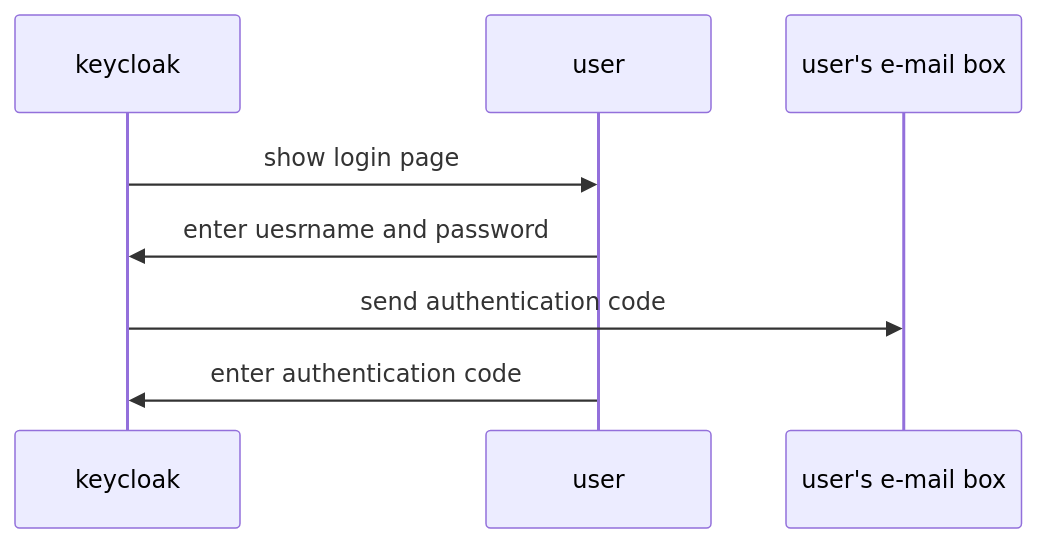
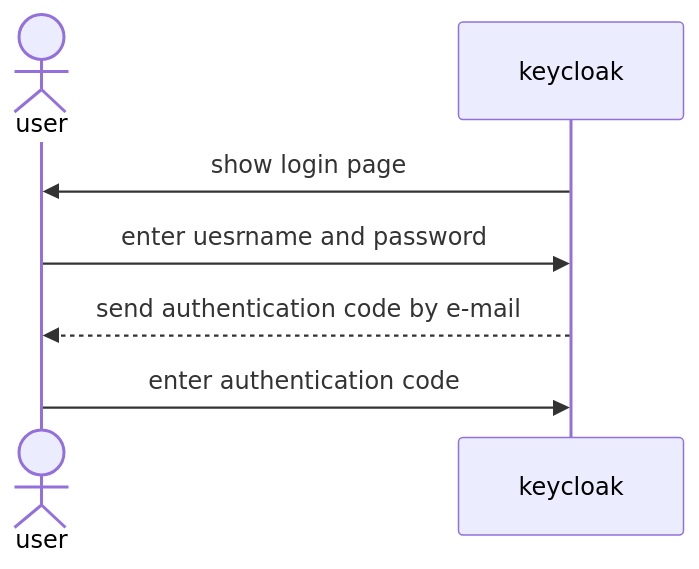
One commit to manaty226/keycloak-mail-otp-spi changed the first of 2 diagrams in README.md. Above: the diagram before and after it, drawn with Mermaid.

Commit message:
fix: fix sequence diagram

````diff
--- a/README.md
+++ b/README.md
@@ -3,7 +3,9 @@
 ```mermaid
 sequenceDiagram
+  actor user
+  participant keycloak
   keycloak ->> user: show login page
   user ->> keycloak: enter uesrname and password
-  keycloak ->> user's e-mail box: send authentication code
+  keycloak -->> user: send authentication code by e-mail
   user ->> keycloak: enter authentication code
 ```
````
